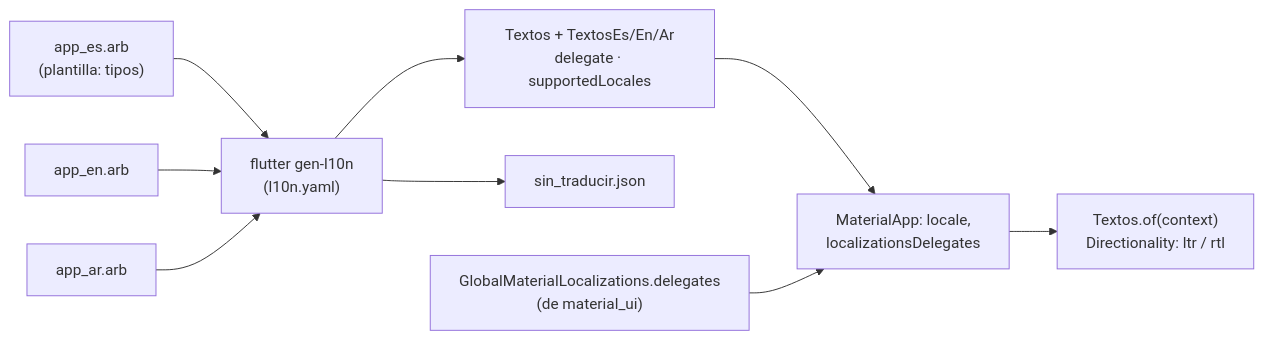
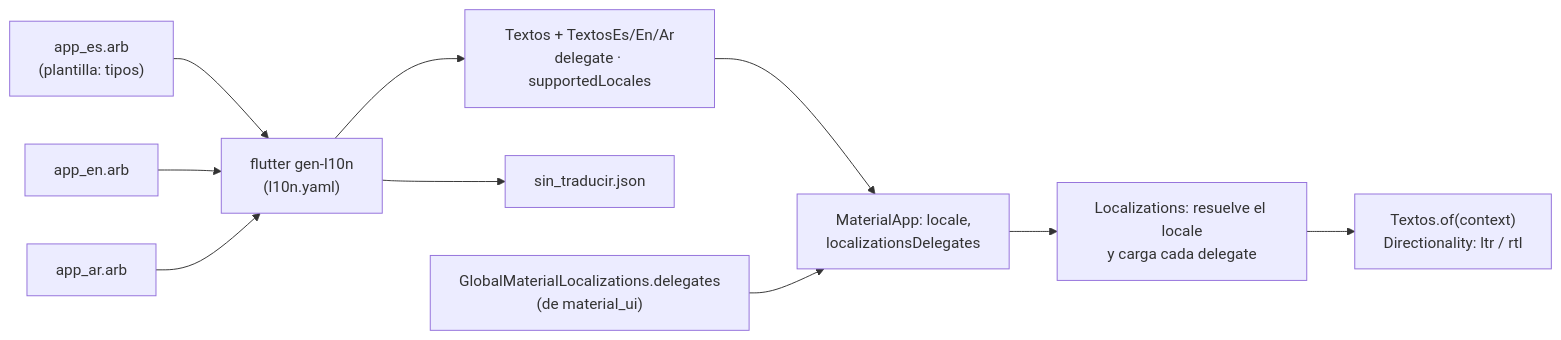
Before and after one commit to NICORUIZ93/The_Imperial_Book: the first of 4 diagrams in web/public/content/flutter/modulo-15.md, drawn with Mermaid. The commit also changed other lines of this file and 65 other files, not shown here.

````diff
--- a/web/public/content/flutter/modulo-15.md
+++ b/web/public/content/flutter/modulo-15.md
@@ -122,11 +186,12 @@
 ```mermaid
 flowchart LR
     ES["app_es.arb<br/>(plantilla: tipos)"] --> G["flutter gen-l10n<br/>(l10n.yaml)"]
     EN["app_en.arb"] --> G
     AR["app_ar.arb"] --> G
     G --> T["Textos + TextosEs/En/Ar<br/>delegate · supportedLocales"]
     G --> S["sin_traducir.json"]
     T --> M["MaterialApp: locale,<br/>localizationsDelegates"]
     MU["GlobalMaterialLocalizations.delegates<br/>(de material_ui)"] --> M
-    M --> W["Textos.of(context)<br/>Directionality: ltr / rtl"]
+    M --> L["Localizations: resuelve el locale<br/>y carga cada delegate"]
+    L --> W["Textos.of(context)<br/>Directionality: ltr / rtl"]
 ```
````
